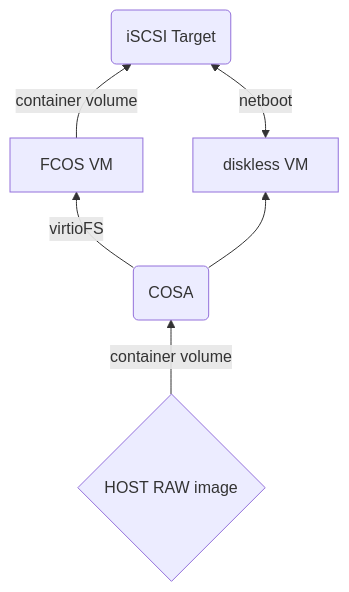
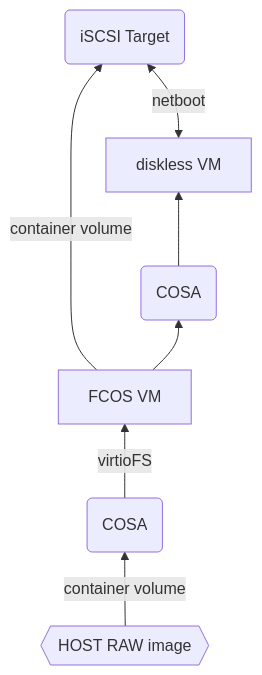
The diagram in README.md (jbtrystram/targetcli-containers), drawn with Mermaid before and after one commit. The commit also changed other lines of this file, not shown here.

First line of the commit message:
fixup readme schema

````diff
--- a/README.md
+++ b/README.md
@@ -8,9 +8,10 @@
 ```mermaid
 flowchart BT
     A(iSCSI Target)
     B[FCOS VM] --> |container volume| A
-    C(COSA) --> D
-    C --> |virtioFS| B 
+    B --> E
+    E(COSA) --> D
+    C(COSA) --> |virtioFS| B 
     D[diskless VM] <--> |netboot| A
-    R{HOST RAW image} --> |container volume| C
+    R{{HOST RAW image}} --> |container volume| C
 ```
````
